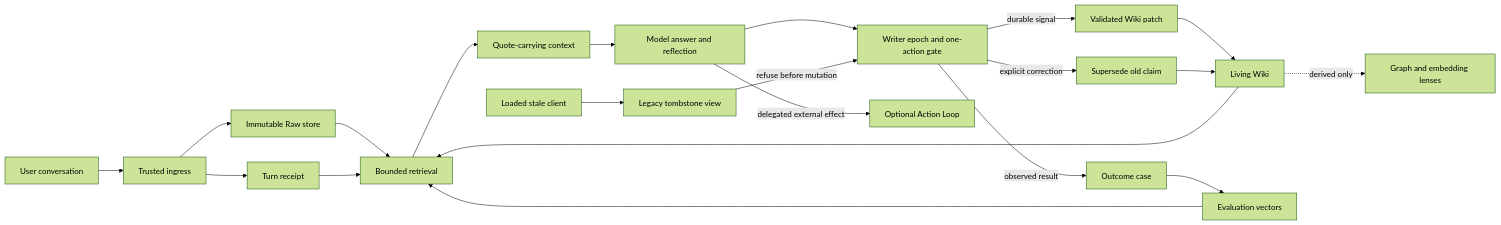
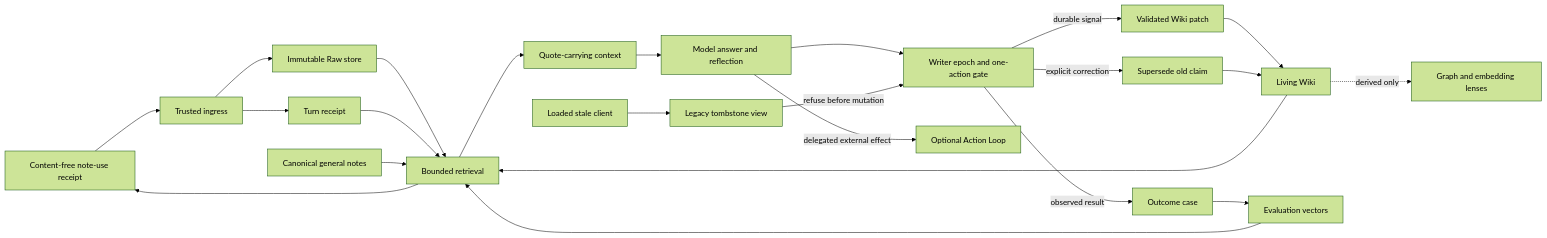
The diagram in ARCHITECTURE.md (ezboom1111/leevault-architecture), drawn with Mermaid (forest theme) before and after one commit. The commit also changed other lines of this file and 7 other files, not shown here.

````diff
--- a/ARCHITECTURE.md
+++ b/ARCHITECTURE.md
@@ -13,23 +13,25 @@
 ```mermaid
 flowchart LR
     U[User conversation] --> I[Trusted ingress]
     I --> R[Immutable Raw store]
     I --> T[Turn receipt]
     R --> Q[Bounded retrieval]
     T --> Q
     W[Living Wiki] --> Q
+    N[Canonical general notes] --> Q
     Q --> C[Quote-carrying context]
+    Q --> U[Content-free note-use receipt]
     C --> M[Model answer and reflection]
     M --> Z[Writer epoch and one-action gate]
     Z -->|durable signal| P[Validated Wiki patch]
     Z -->|explicit correction| X[Supersede old claim]
     Z -->|observed result| O[Outcome case]
     S[Loaded stale client] --> V[Legacy tombstone view]
     V -->|refuse before mutation| Z
     P --> W
     X --> W
     O --> E[Evaluation vectors]
     E --> Q
     W -. derived only .-> G[Graph and embedding lenses]
     M -->|delegated external effect| A[Optional Action Loop]
 ```
````
